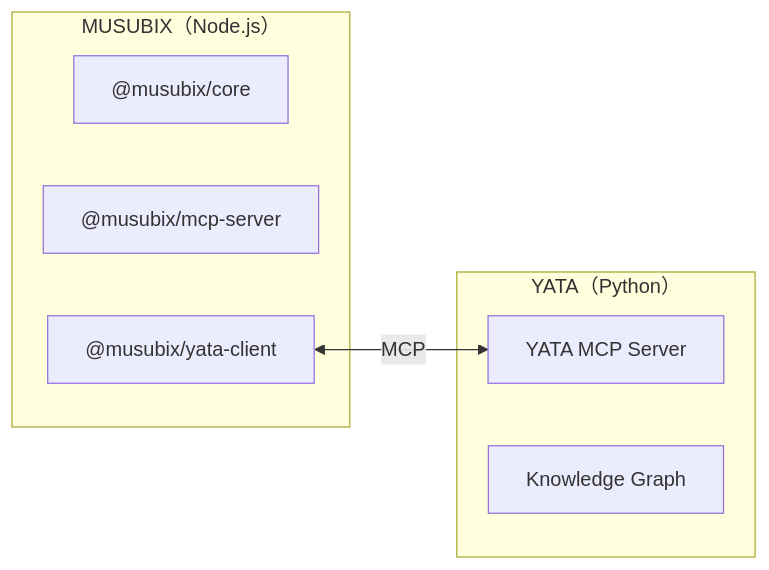
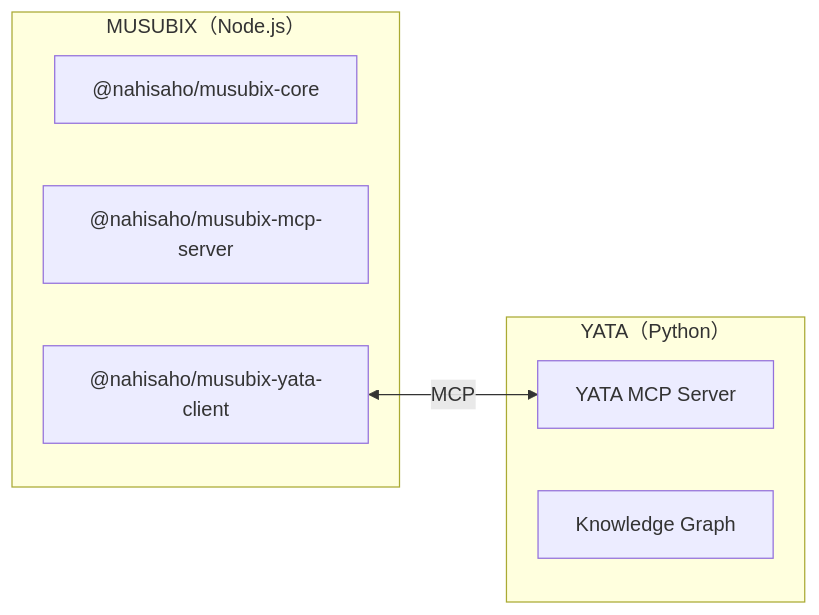
Before and after one commit to Takashi-So/MUSUBIX: the diagram in docs/INSTALL-GUIDE.ja.md, drawn with Mermaid. The commit also changed other lines of this file and 59 other files, not shown here.

````diff
--- a/docs/INSTALL-GUIDE.ja.md
+++ b/docs/INSTALL-GUIDE.ja.md
@@ -25,15 +25,15 @@
 ```mermaid
 flowchart LR
     subgraph MUSUBIX["MUSUBIX（Node.js）"]
-        Core["@musubix/core"]
-        MCP["@musubix/mcp-server"]
-        Client["@musubix/yata-client"]
+        Core["@nahisaho/musubix-core"]
+        MCP["@nahisaho/musubix-mcp-server"]
+        Client["@nahisaho/musubix-yata-client"]
     end
     
     subgraph YATA["YATA（Python）"]
         Server["YATA MCP Server"]
         KG["Knowledge Graph"]
     end
     
     Client <-->|MCP| Server
 ```
````
